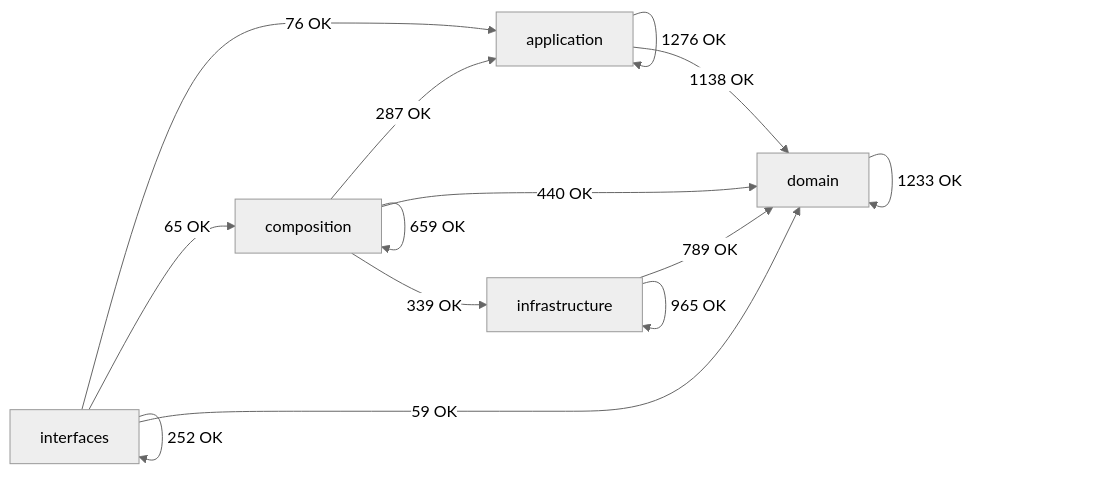
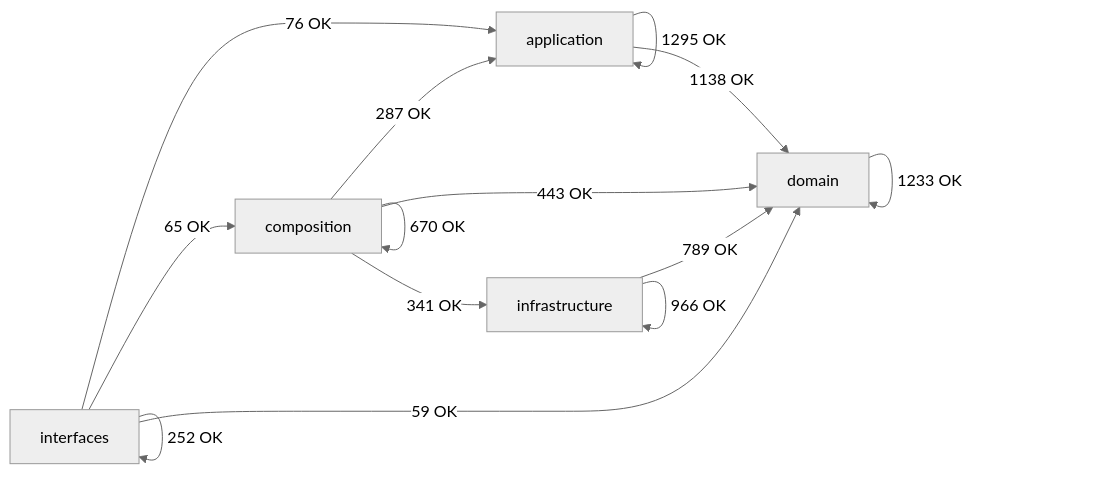
Before and after one commit to SatoryKono/BioactivityDataAcquisition: the diagram in docs/02-architecture/generated/module-dependency-map.md, drawn with Mermaid (neutral theme). The commit also changed other lines of this file and 78 other files, not shown here.

````diff
--- a/docs/02-architecture/generated/module-dependency-map.md
+++ b/docs/02-architecture/generated/module-dependency-map.md
@@ -17,21 +17,21 @@
 ```mermaid
 flowchart LR
     domain[domain]
     application[application]
     infrastructure[infrastructure]
     composition[composition]
     interfaces[interfaces]
-    application -->|1276 OK| application
+    application -->|1295 OK| application
     application -->|1138 OK| domain
     composition -->|287 OK| application
-    composition -->|659 OK| composition
-    composition -->|440 OK| domain
-    composition -->|339 OK| infrastructure
+    composition -->|670 OK| composition
+    composition -->|443 OK| domain
+    composition -->|341 OK| infrastructure
     domain -->|1233 OK| domain
     infrastructure -->|789 OK| domain
-    infrastructure -->|965 OK| infrastructure
+    infrastructure -->|966 OK| infrastructure
     interfaces -->|76 OK| application
     interfaces -->|65 OK| composition
     interfaces -->|59 OK| domain
     interfaces -->|252 OK| interfaces
 ```
````
